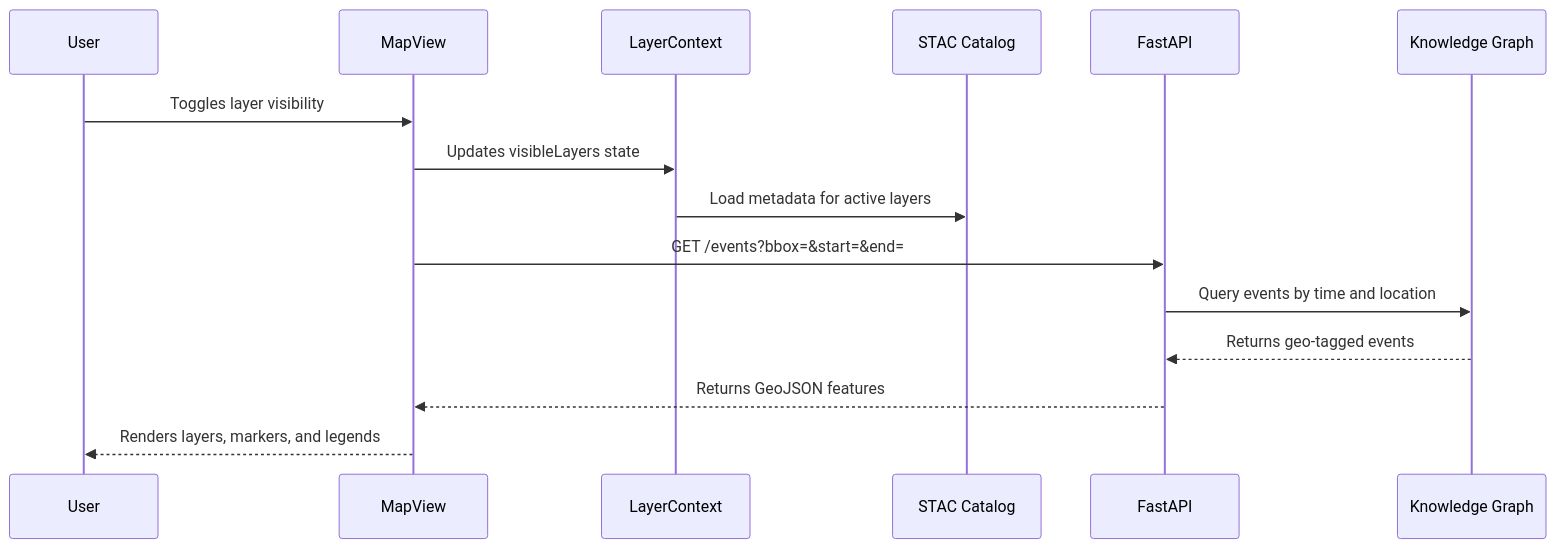
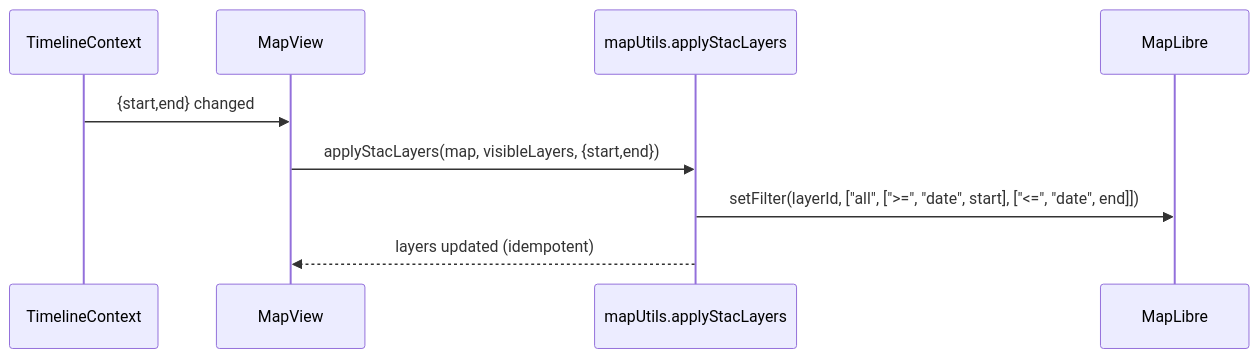
One commit to bartytime4life/Kansas-Frontier-Matrix changed the second of 2 diagrams in web/src/components/MapView/README.md. Above: the diagram before and after it, drawn with Mermaid. The commit also changed other lines of this file, not shown here.

First line of the commit message:
Revise README for MapView component

````diff
--- a/web/src/components/MapView/README.md
+++ b/web/src/components/MapView/README.md
@@ -141,19 +121,13 @@
 ```mermaid
 sequenceDiagram
-  participant U as User
+  participant TL as TimelineContext
   participant MV as MapView
-  participant CTX as LayerContext
-  participant STAC as STAC Catalog
-  participant API as FastAPI
-  participant KG as Knowledge Graph
+  participant MU as mapUtils.applyStacLayers
+  participant ML as MapLibre
 
-  U->>MV: Toggles layer visibility
-  MV->>CTX: Updates visibleLayers state
-  CTX->>STAC: Load metadata for active layers
-  MV->>API: GET /events?bbox=&start=&end=
-  API->>KG: Query events by time and location
-  KG-->>API: Returns geo-tagged events
-  API-->>MV: Returns GeoJSON features
-  MV-->>U: Renders layers, markers, and legends
+  TL->>MV: {start,end} changed
+  MV->>MU: applyStacLayers(map, visibleLayers, {start,end})
+  MU->>ML: setFilter(layerId, ["all", [">=", "date", start], ["<=", "date", end]])
+  MU-->>MV: layers updated (idempotent)
 %% END OF MERMAID
 ```
````
